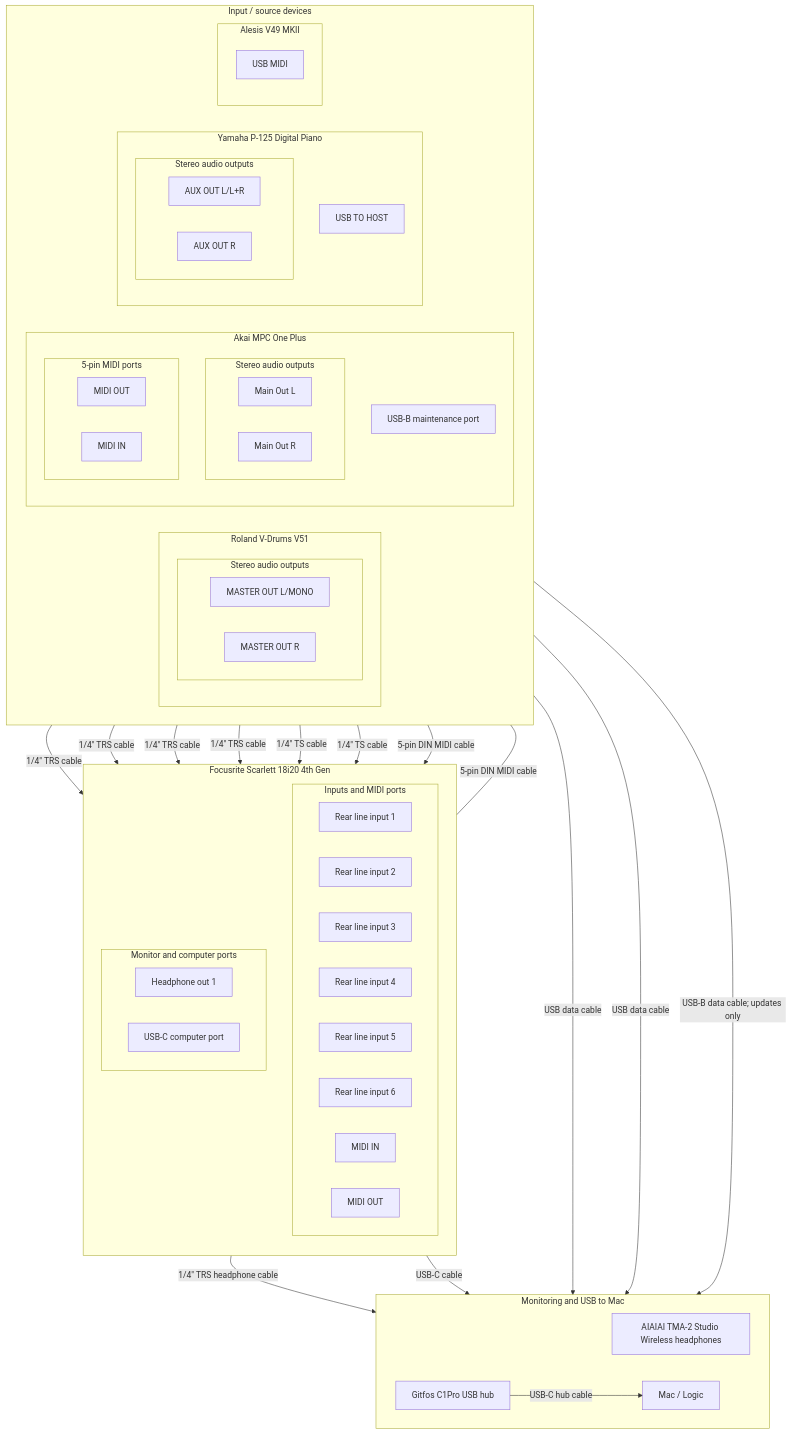
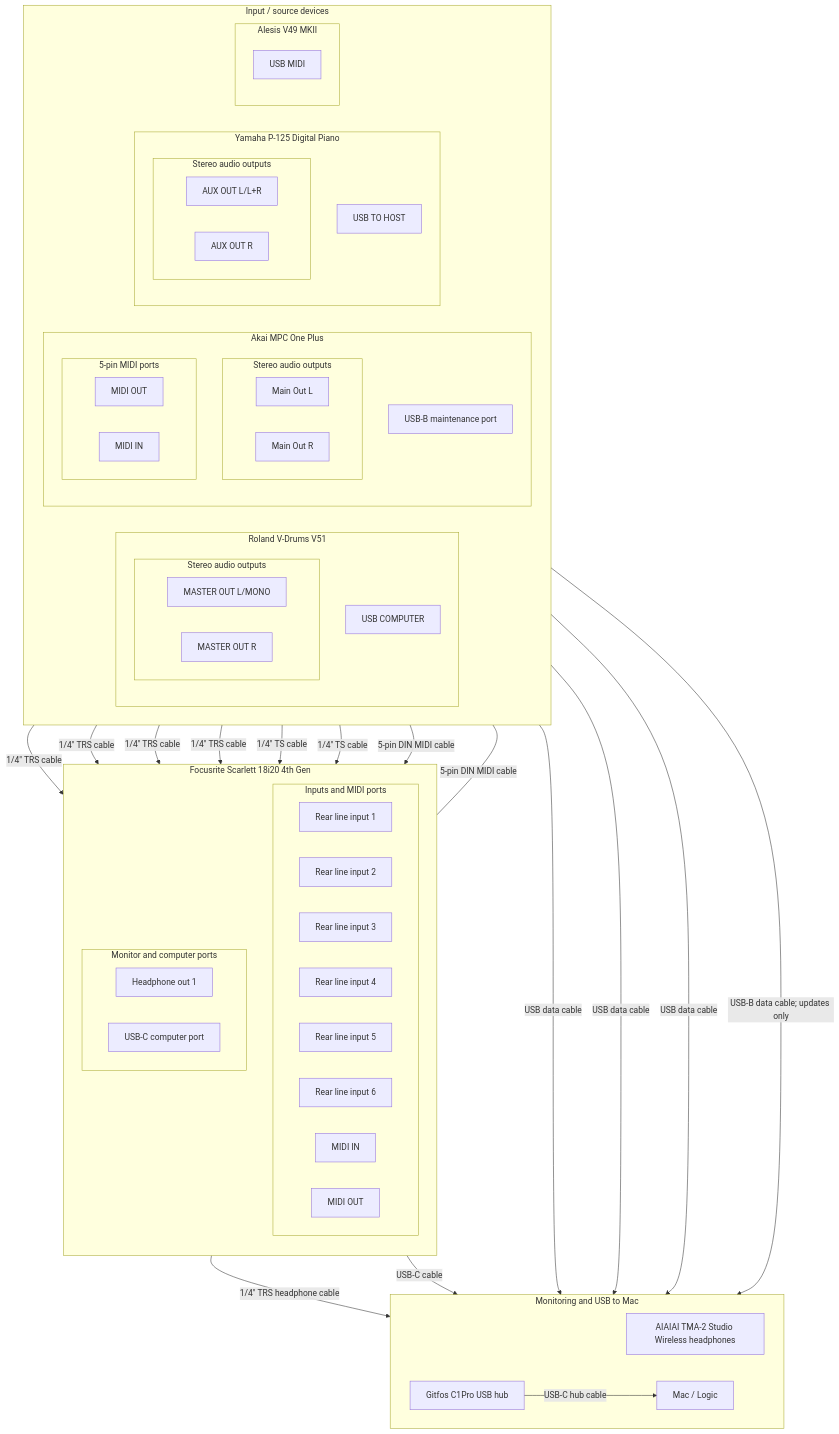
One commit to thewoolleyman/music-studio changed the first of 2 diagrams in AGENTS.md. Above: the diagram before and after it, drawn with Mermaid. The commit also changed other lines of this file, not shown here.

Commit message:
Add Roland V51 USB MIDI routing

```diff
--- a/AGENTS.md
+++ b/AGENTS.md
@@ -109,6 +110,7 @@
                 V51OutL["MASTER OUT L/MONO"]
                 V51OutR["MASTER OUT R"]
             end
+            V51USB["USB COMPUTER"]
         end
 
         subgraph MPC["Akai MPC One Plus"]
@@ -180,6 +182,7 @@
     MPCMidiIn ---|5-pin DIN MIDI cable| ScarlettMidiOut
     ScarlettHP1 -->|1/4&quot; TRS headphone cable| Headphones
     ScarlettUSB -->|USB-C cable| Hub
+    V51USB -->|USB data cable| Hub
     YamahaUSB -->|USB data cable| Hub
     AlesisUSB -->|USB data cable| Hub
     MPCUSB -->|USB-B data cable; updates only| Hub
```
